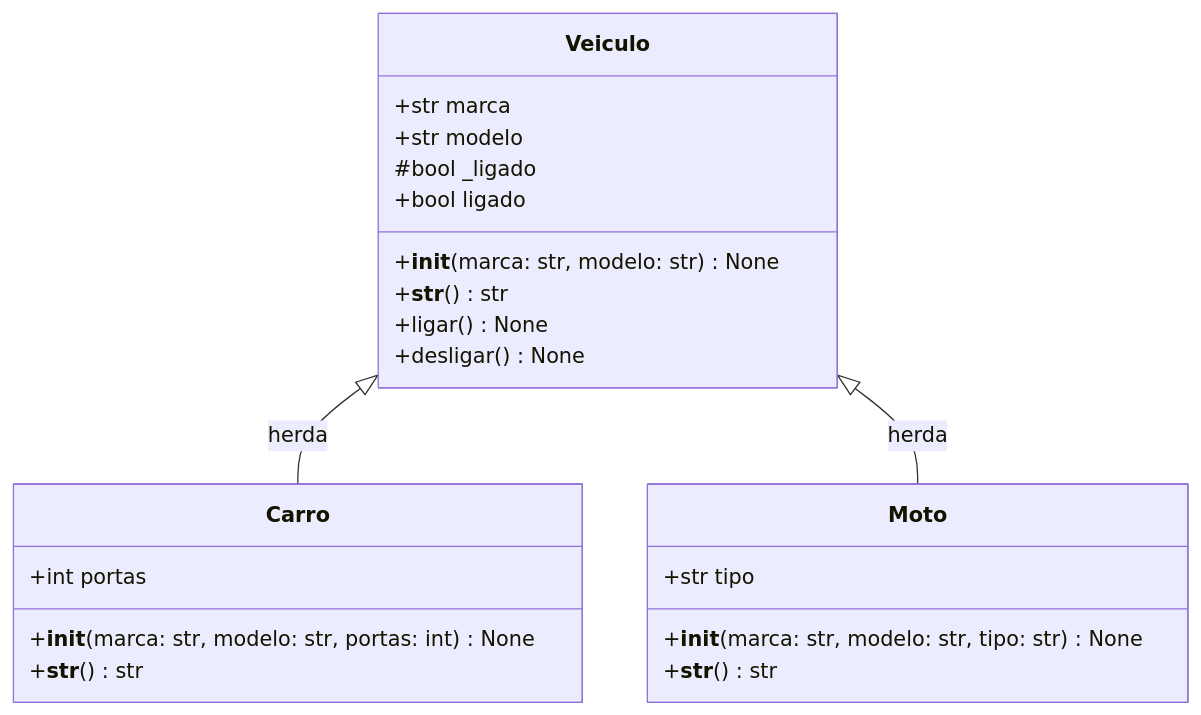
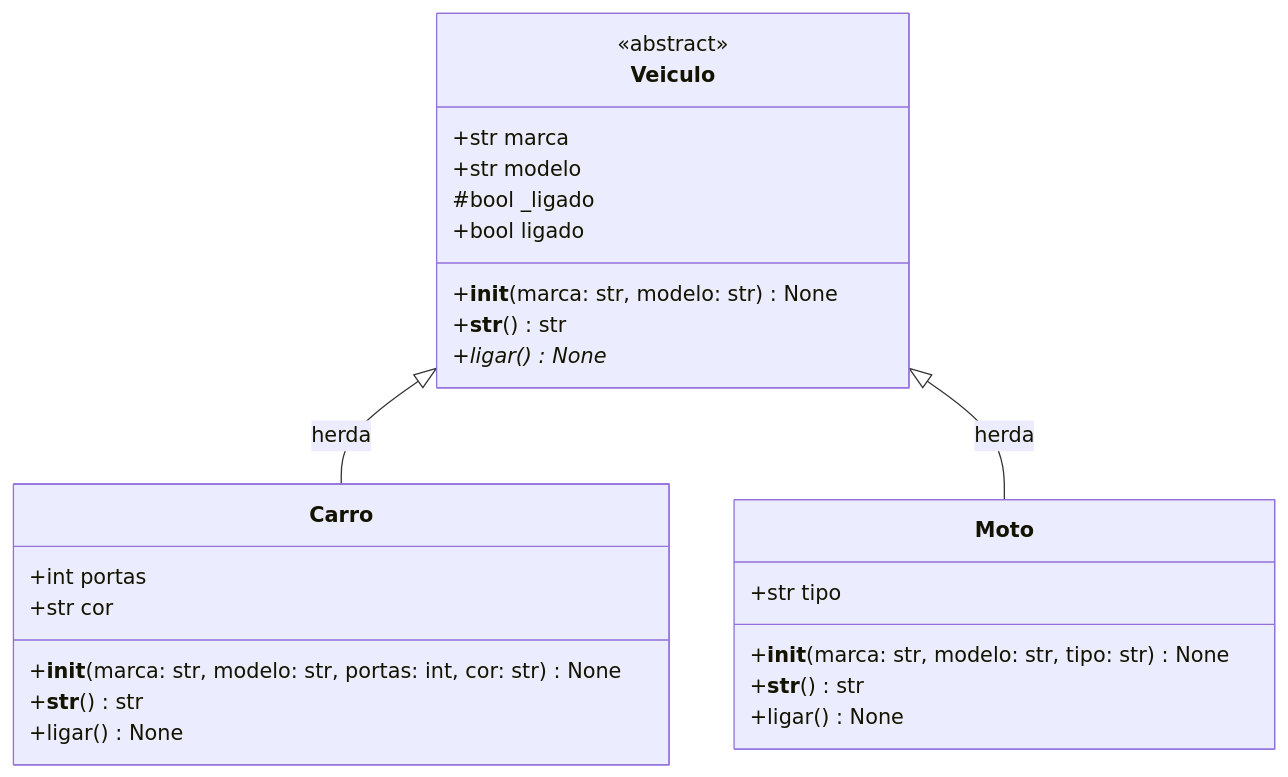
Before and after one commit to marcuswlima/learning: the second of 3 diagrams in python/alura/carreira/NIVEL1/03-objetos-API/VEICULOS/README.md, drawn with Mermaid. The commit also changed other lines of this file, not shown here.

First line of the commit message:
VEICULOS: atualiza README com classe abstrata e novo ligar

````diff
--- a/python/alura/carreira/NIVEL1/03-objetos-API/VEICULOS/README.md
+++ b/python/alura/carreira/NIVEL1/03-objetos-API/VEICULOS/README.md
@@ -47,30 +48,33 @@
 ```mermaid
 classDiagram
     direction TB
 
     class Veiculo {
+        <<abstract>>
         +str marca
         +str modelo
         #bool _ligado
         +bool ligado
         +__init__(marca: str, modelo: str) None
         +__str__() str
-        +ligar() None
-        +desligar() None
+        +ligar()* None
     }
 
     class Carro {
         +int portas
-        +__init__(marca: str, modelo: str, portas: int) None
+        +str cor
+        +__init__(marca: str, modelo: str, portas: int, cor: str) None
         +__str__() str
+        +ligar() None
     }
 
     class Moto {
         +str tipo
         +__init__(marca: str, modelo: str, tipo: str) None
         +__str__() str
+        +ligar() None
     }
 
     Veiculo <|-- Carro : herda
     Veiculo <|-- Moto : herda
 ```
````
